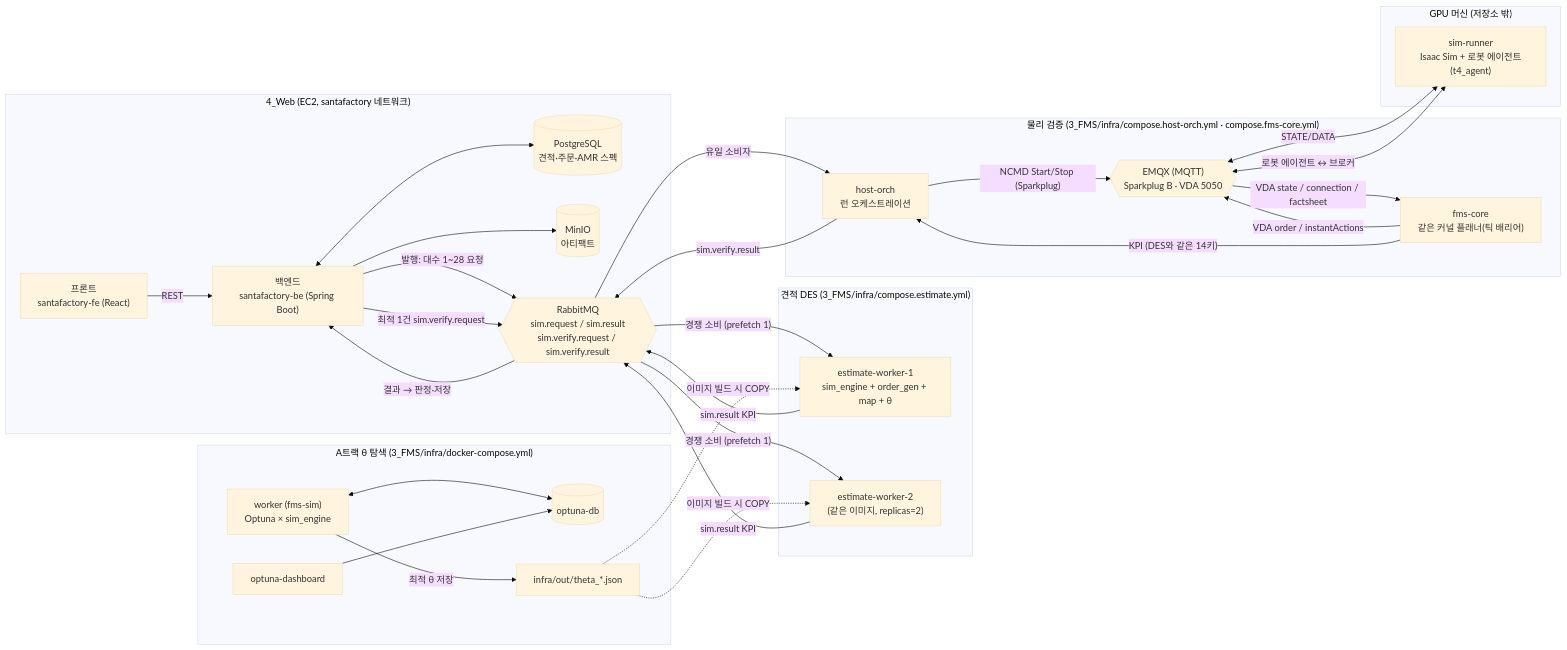
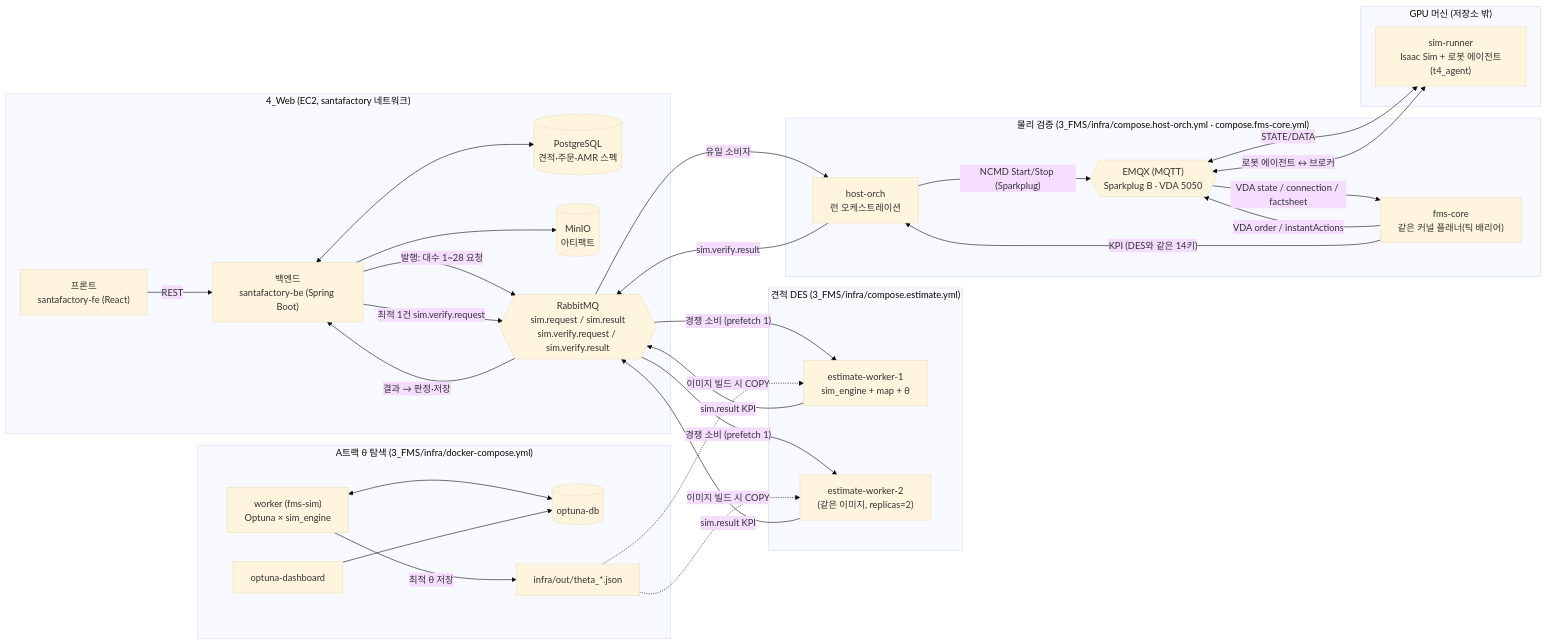
The first of 3 diagrams in 3_FMS/docs/시스템_구성도.md (choiao0/SantaFactory), drawn with Mermaid (base theme) before and after one commit. The commit also changed other lines of this file and 12 other files, not shown here.

First line of the commit message:
♻️ refactor(fms): 주문 원천을 백엔드 생성기로 단일화 — 워커 자체 생성·order_gen 제거 (S15P21A106-212)

````diff
--- a/3_FMS/docs/시스템_구성도.md
+++ b/3_FMS/docs/시스템_구성도.md
@@ -8,58 +8,58 @@
 ```mermaid
 flowchart LR
     subgraph WEB["4_Web (EC2, santafactory 네트워크)"]
         FE["프론트<br/>santafactory-fe (React)"]
         BE["백엔드<br/>santafactory-be (Spring Boot)"]
         PG[("PostgreSQL<br/>견적·주문·AMR 스펙")]
         MINIO[("MinIO<br/>아티팩트")]
         RMQ{{"RabbitMQ<br/>sim.request / sim.result<br/>sim.verify.request / sim.verify.result"}}
     end
 
     subgraph EST["견적 DES (3_FMS/infra/compose.estimate.yml)"]
-        W1["estimate-worker-1<br/>sim_engine + order_gen + map + θ"]
+        W1["estimate-worker-1<br/>sim_engine + map + θ"]
         W2["estimate-worker-2<br/>(같은 이미지, replicas=2)"]
     end
 
     subgraph VER["물리 검증 (3_FMS/infra/compose.host-orch.yml · compose.fms-core.yml)"]
         HO["host-orch<br/>런 오케스트레이션"]
         FC["fms-core<br/>같은 커널 플래너(틱 배리어)"]
         EMQX{{"EMQX (MQTT)<br/>Sparkplug B · VDA 5050"}}
     end
 
     subgraph GPU["GPU 머신 (저장소 밖)"]
         SR["sim-runner<br/>Isaac Sim + 로봇 에이전트(t4_agent)"]
     end
 
     subgraph AI["A트랙 θ 탐색 (3_FMS/infra/docker-compose.yml)"]
         OW["worker (fms-sim)<br/>Optuna × sim_engine"]
         ODB[("optuna-db")]
         DASH["optuna-dashboard"]
         THETA["infra/out/theta_*.json"]
     end
 
     FE -->|"REST"| BE
     BE <--> PG
     BE --> MINIO
     BE -->|"발행: 대수 1~28 요청"| RMQ
     RMQ -->|"경쟁 소비 (prefetch 1)"| W1
     RMQ -->|"경쟁 소비 (prefetch 1)"| W2
     W1 -->|"sim.result KPI"| RMQ
     W2 -->|"sim.result KPI"| RMQ
     RMQ -->|"결과 → 판정·저장"| BE
 
     BE -->|"최적 1건 sim.verify.request"| RMQ
     RMQ -->|"유일 소비자"| HO
     HO -->|"NCMD Start/Stop (Sparkplug)"| EMQX
     EMQX <-->|"STATE/DATA"| SR
     FC -->|"VDA order / instantActions"| EMQX
     EMQX -->|"VDA state / connection / factsheet"| FC
     SR <-->|"로봇 에이전트 ↔ 브로커"| EMQX
     FC -->|"KPI (DES와 같은 14키)"| HO
     HO -->|"sim.verify.result"| RMQ
 
     OW <--> ODB
     DASH --> ODB
     OW -->|"최적 θ 저장"| THETA
     THETA -.->|"이미지 빌드 시 COPY"| W1
     THETA -.->|"이미지 빌드 시 COPY"| W2
 ```
````
